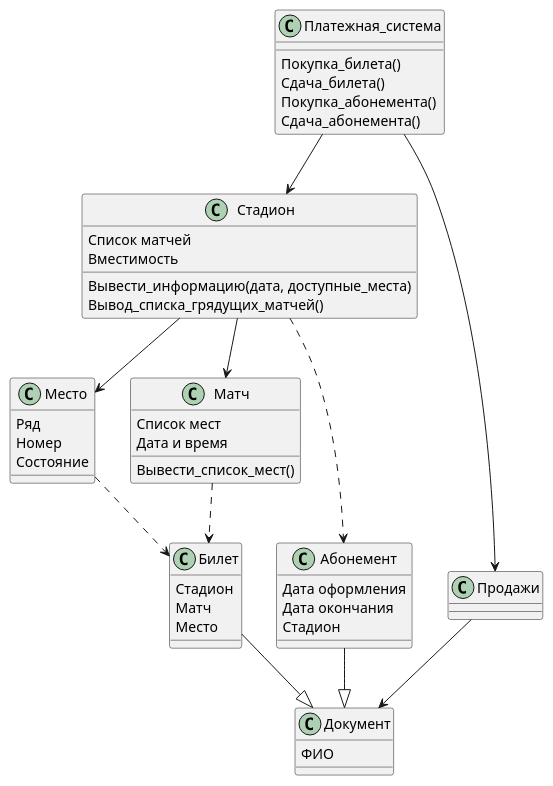
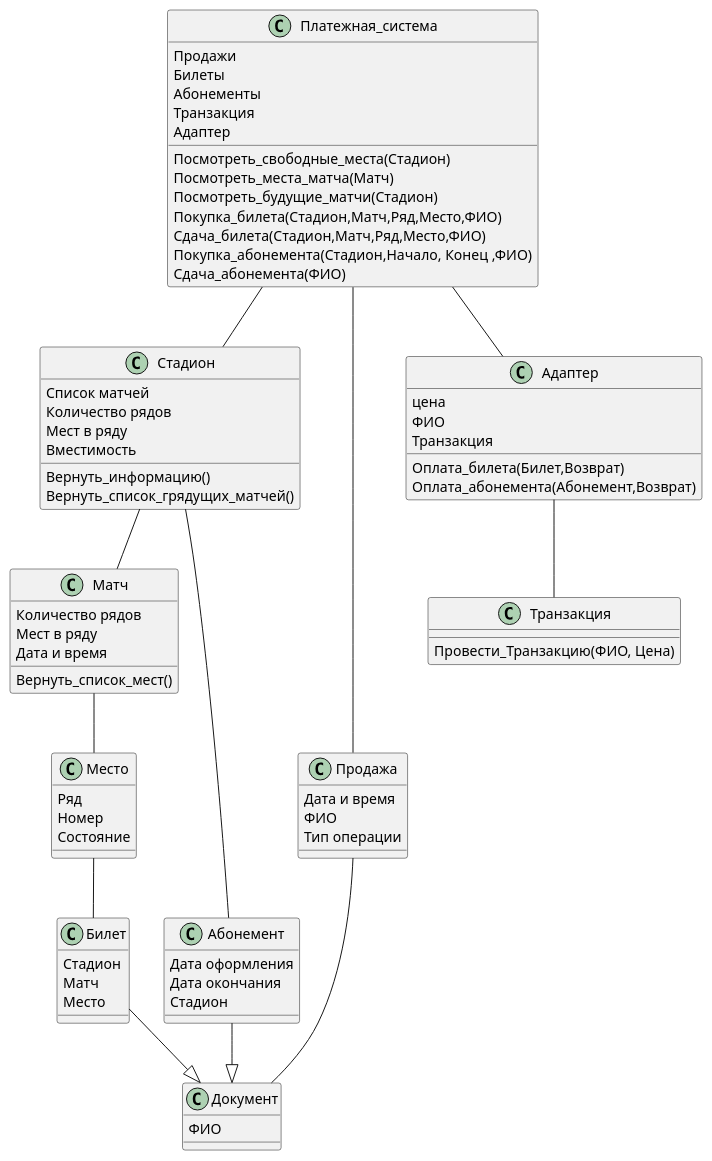
Before and after one commit to penamarth/bsbo-13-22_team3_var10: the diagram in Диаграмма классов.md, drawn with PlantUML. The commit also changed other lines of this file, not shown here.

Commit message:
Update Диаграмма классов.md

````diff
--- a/Диаграмма классов.md
+++ b/Диаграмма классов.md
@@ -1,21 +2,33 @@
-```plantuml
 @startuml
 
 class Платежная_система {
-  {method} Покупка_билета()
-  {method} Cдача_билета()
-  {method} Покупка_абонемента()
-  {method} Cдача_абонемента() 
+  {field} Продажи
+  {field} Билеты
+  {field} Абонементы
+  {field} Транзакция
+  {field} Адаптер
+  {method} Посмотреть_свободные_места(Стадион)
+  {method} Посмотреть_места_матча(Матч)
+  {method} Посмотреть_будущие_матчи(Стадион)
+  {method} Покупка_билета(Стадион,Матч,Ряд,Место,ФИО)
+  {method} Cдача_билета(Стадион,Матч,Ряд,Место,ФИО)
+  {method} Покупка_абонемента(Стадион,Начало, Конец ,ФИО)
+  {method} Cдача_абонемента(ФИО) 
 }
 
 class Стадион {
  {field} Список матчей
+ {field} Количество рядов
+ {field} Мест в ряду
  {field} Вместимость
- {method} Вывести_информацию(дата, доступные_места)
- {method} Вывод_списка_грядущих_матчей()
+ {method} Вернуть_информацию()
+ {method} Вернуть_список_грядущих_матчей()
 }
 
-class Продажи {
+class Продажа {
+  {field} Дата и время
+  {field} ФИО
+  {field} Тип операции
 }
 
 class Документ {
@@ -29,9 +42,10 @@
 }
 
 class Матч {
-  {field} Список мест
+  {field} Количество рядов
+  {field} Мест в ряду
   {field} Дата и время
-  {method} Вывести_список_мест()
+  {method} Вернуть_список_мест()
 }
 
 class Абонемент {
@@ -46,16 +60,27 @@
   {field} Место
 }
 
-Платежная_система --> Стадион
-Платежная_система --> Продажи
-Продажи --> Документ
-Стадион --> Место
-Стадион --> Матч
+class Адаптер{
+  {field} цена
+  {field} ФИО
+  {field} Транзакция
+  {method} Оплата_билета(Билет,Возврат)
+  {method} Оплата_абонемента(Абонемент,Возврат)
+}
+class Транзакция {
+  {method} Провести_Транзакцию(ФИО, Цена)
+}
+
+Платежная_система -- Стадион
+Стадион -- Абонемент
+Стадион -- Матч
+Матч --  Место
+Место -- Билет
 Билет --|> Документ
 Абонемент --|> Документ
-Матч ..> Билет
-Место ..> Билет
-Стадион ..> Абонемент
+Платежная_система  --  Продажа
+Продажа -- Документ
+Платежная_система -- Адаптер
+Адаптер -- Транзакция
 
 @enduml
-```
````
